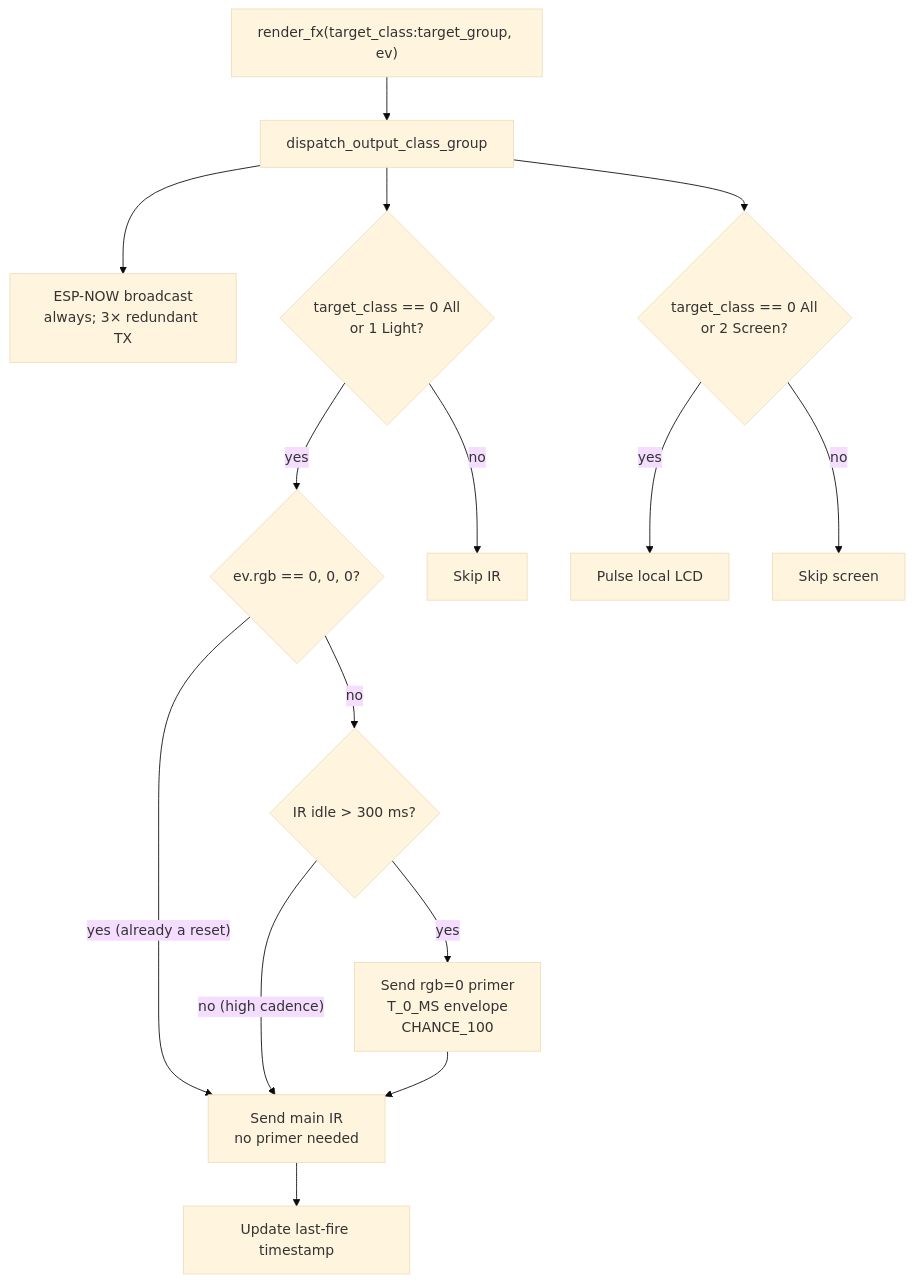
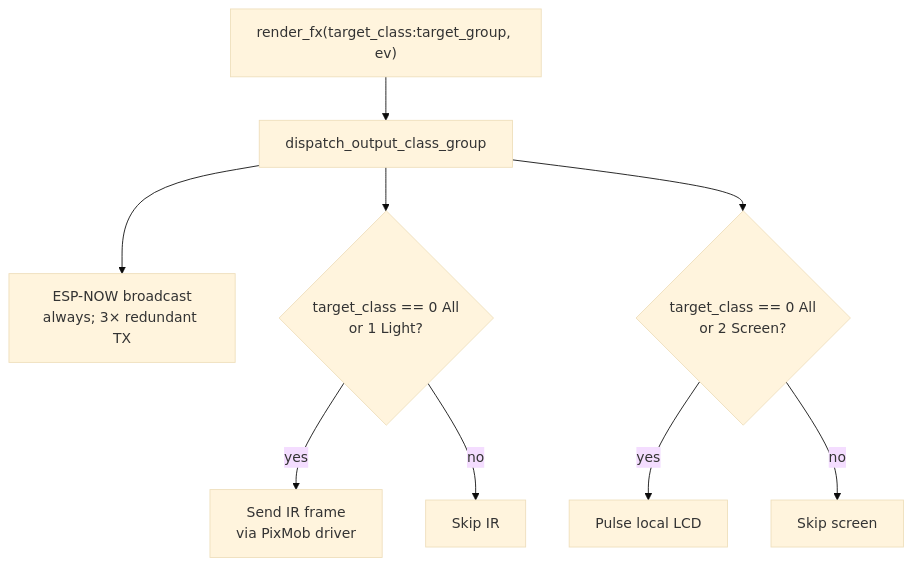
The fifth of 8 diagrams in docs/manuals/flow-diagrams.md (ratcliffej/nocturnation-stickc), drawn with Mermaid (base theme) before and after one commit. The commit also changed other lines of this file and 12 other files, not shown here.

First line of the commit message:
DAL: roll back the IR reset primer

````diff
--- a/docs/manuals/flow-diagrams.md
+++ b/docs/manuals/flow-diagrams.md
@@ -154,23 +154,15 @@
 ```mermaid
 flowchart TD
     Call["render_fx(target_class:target_group, ev)"]
     Call --> Dispatch[dispatch_output_class_group]
 
     Dispatch --> ESPNow[ESP-NOW broadcast<br/>always; 3× redundant TX]
     Dispatch --> IRGate{target_class == 0 All<br/>or 1 Light?}
     Dispatch --> ScrGate{target_class == 0 All<br/>or 2 Screen?}
 
-    IRGate -- "yes" --> RGBCheck{ev.rgb == 0, 0, 0?}
+    IRGate -- "yes" --> SendMain[Send IR frame<br/>via PixMob driver]
     IRGate -- "no" --> IRSkip[Skip IR]
-
-    RGBCheck -- "yes (already a reset)" --> SendMain[Send main IR<br/>no primer needed]
-    RGBCheck -- "no" --> IdleCheck{IR idle > 300 ms?}
-
-    IdleCheck -- "yes" --> Primer[Send rgb=0 primer<br/>T_0_MS envelope<br/>CHANCE_100]
-    IdleCheck -- "no (high cadence)" --> SendMain
-    Primer --> SendMain
-    SendMain --> UpdateLastFire[Update last-fire timestamp]
 
     ScrGate -- "yes" --> LCDPulse[Pulse local LCD]
     ScrGate -- "no" --> ScrSkip[Skip screen]
 ```
````
